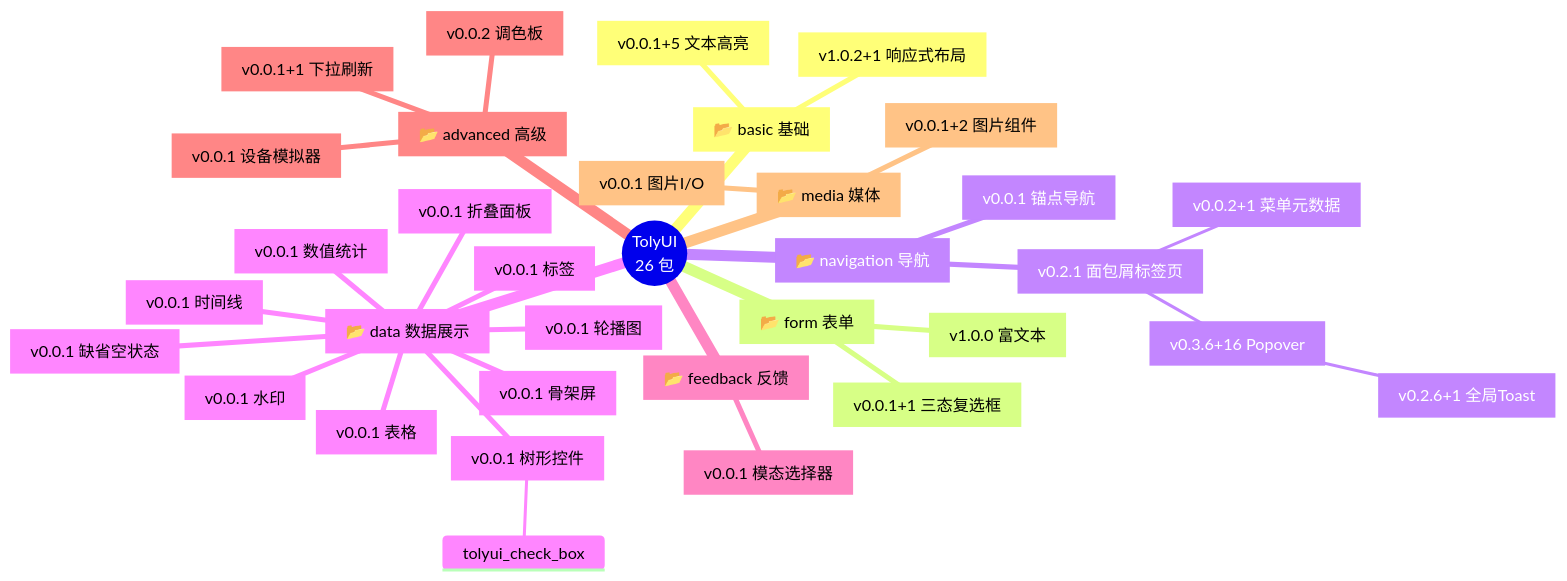
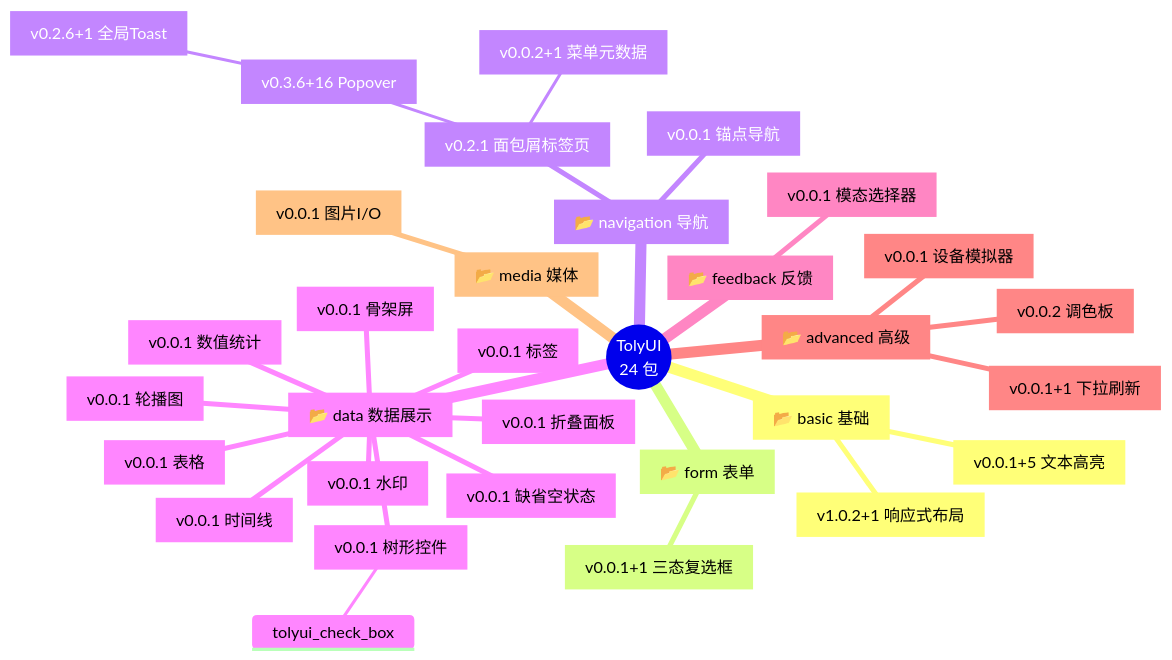
One commit to TolyFx/toly_ui changed the diagram in docs/packages/README.md. Above: the diagram before and after it, drawn with Mermaid. The commit also changed other lines of this file and 338 other files, not shown here.

````diff
--- a/docs/packages/README.md
+++ b/docs/packages/README.md
@@ -10,37 +10,35 @@
 ```mermaid
 mindmap
-  root((TolyUI<br/>26 包))
+  root((TolyUI<br/>24 包))
     basic[📂 basic 基础]
       tolyui_rx_layout[v1.0.2+1 响应式布局]
       tolyui_text[v0.0.1+5 文本高亮]
     form[📂 form 表单]
       tolyui_check_box[v0.0.1+1 三态复选框]
-      tolyui_rich_input[v1.0.0 富文本]
     navigation[📂 navigation 导航]
       tolyui_anchor[v0.0.1 锚点导航]
       tolyui_navigation[v0.2.1 面包屑标签页]
         tolyui_feedback[v0.3.6+16 Popover]
           tolyui_message[v0.2.6+1 全局Toast]
         tolyui_meta[v0.0.2+1 菜单元数据]
     data[📂 data 数据展示]
       tolyui_carousel[v0.0.1 轮播图]
       tolyui_collapse[v0.0.1 折叠面板]
       tolyui_default[v0.0.1 缺省空状态]
       tolyui_skeleton[v0.0.1 骨架屏]
       tolyui_statistic[v0.0.1 数值统计]
       tolyui_table[v0.0.1 表格]
       tolyui_tag[v0.0.1 标签]
       tolyui_timeline[v0.0.1 时间线]
       tolyui_tree[v0.0.1 树形控件]
         tolyui_check_box
       tolyui_watermark[v0.0.1 水印]
     feedback[📂 feedback 反馈]
       tolyui_feedback_modal[v0.0.1 模态选择器]
     advanced[📂 advanced 高级]
       tolyui_color[v0.0.2 调色板]
       tolyui_debug[v0.0.1 设备模拟器]
       tolyui_refresh[v0.0.1+1 下拉刷新]
     media[📂 media 媒体]
-      tolyui_image[v0.0.1+2 图片组件]
       toly_image_io[v0.0.1 图片I/O]
 ```
````
